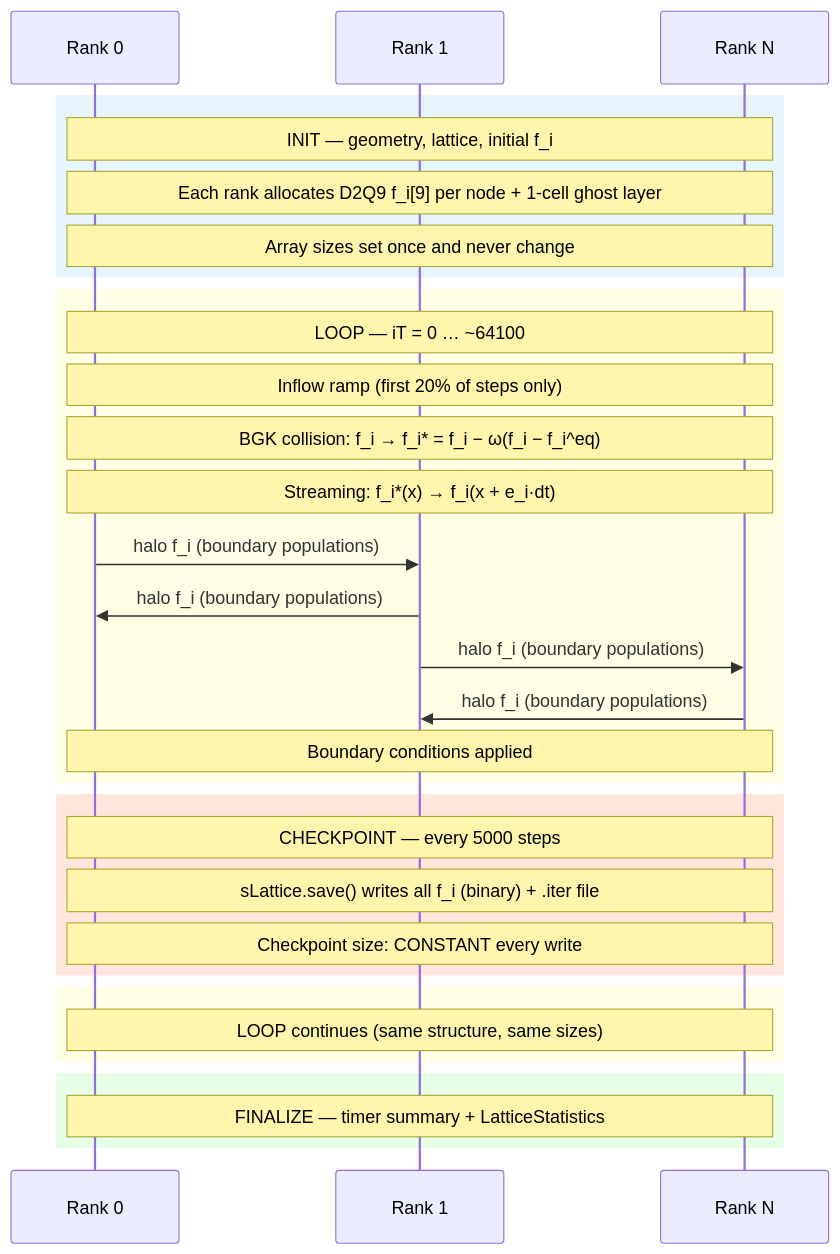
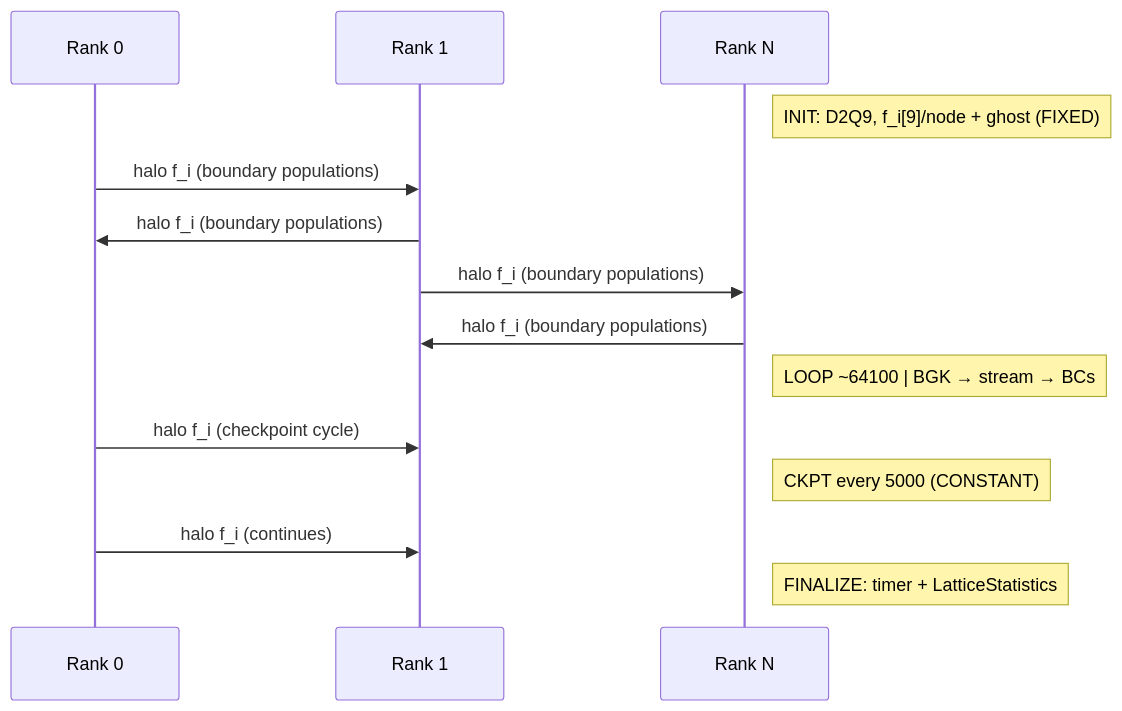
The third of 3 diagrams in tests/apps/docs/OpenLB/README.md (ngduchai/guard-agent), drawn with Mermaid before and after one commit. The commit also changed other lines of this file and 43 other files, not shown here.

````diff
--- a/tests/apps/docs/OpenLB/README.md
+++ b/tests/apps/docs/OpenLB/README.md
@@ -105,38 +103,17 @@
 ```mermaid
 sequenceDiagram
     participant R0 as Rank 0
     participant R1 as Rank 1
     participant RN as Rank N
 
-    rect rgb(230,245,255)
-        Note over R0,RN: INIT — geometry, lattice, initial f_i
-        Note over R0,RN: Each rank allocates D2Q9 f_i[9] per node + 1-cell ghost layer
-        Note over R0,RN: Array sizes set once and never change
-    end
-
-    rect rgb(255,255,230)
-        Note over R0,RN: LOOP — iT = 0 … ~64100
-        Note over R0,RN: Inflow ramp (first 20% of steps only)
-        Note over R0,RN: BGK collision: f_i → f_i* = f_i − ω(f_i − f_i^eq)
-        Note over R0,RN: Streaming: f_i*(x) → f_i(x + e_i·dt)
-        R0->>R1: halo f_i (boundary populations)
-        R1->>R0: halo f_i (boundary populations)
-        R1->>RN: halo f_i (boundary populations)
-        RN->>R1: halo f_i (boundary populations)
-        Note over R0,RN: Boundary conditions applied
-    end
-
-    rect rgb(255,230,220)
-        Note over R0,RN: CHECKPOINT — every 5000 steps
-        Note over R0,RN: sLattice.save() writes all f_i (binary) + .iter file
-        Note over R0,RN: Checkpoint size: CONSTANT every write
-    end
-
-    rect rgb(255,255,230)
-        Note over R0,RN: LOOP continues (same structure, same sizes)
-    end
-
-    rect rgb(230,255,230)
-        Note over R0,RN: FINALIZE — timer summary + LatticeStatistics
-    end
+    Note right of RN: INIT: D2Q9, f_i[9]/node + ghost (FIXED)
+    R0->>R1: halo f_i (boundary populations)
+    R1->>R0: halo f_i (boundary populations)
+    R1->>RN: halo f_i (boundary populations)
+    RN->>R1: halo f_i (boundary populations)
+    Note right of RN: LOOP ~64100 | BGK → stream → BCs
+    R0->>R1: halo f_i (checkpoint cycle)
+    Note right of RN: CKPT every 5000 (CONSTANT)
+    R0->>R1: halo f_i (continues)
+    Note right of RN: FINALIZE: timer + LatticeStatistics
 ```
````
